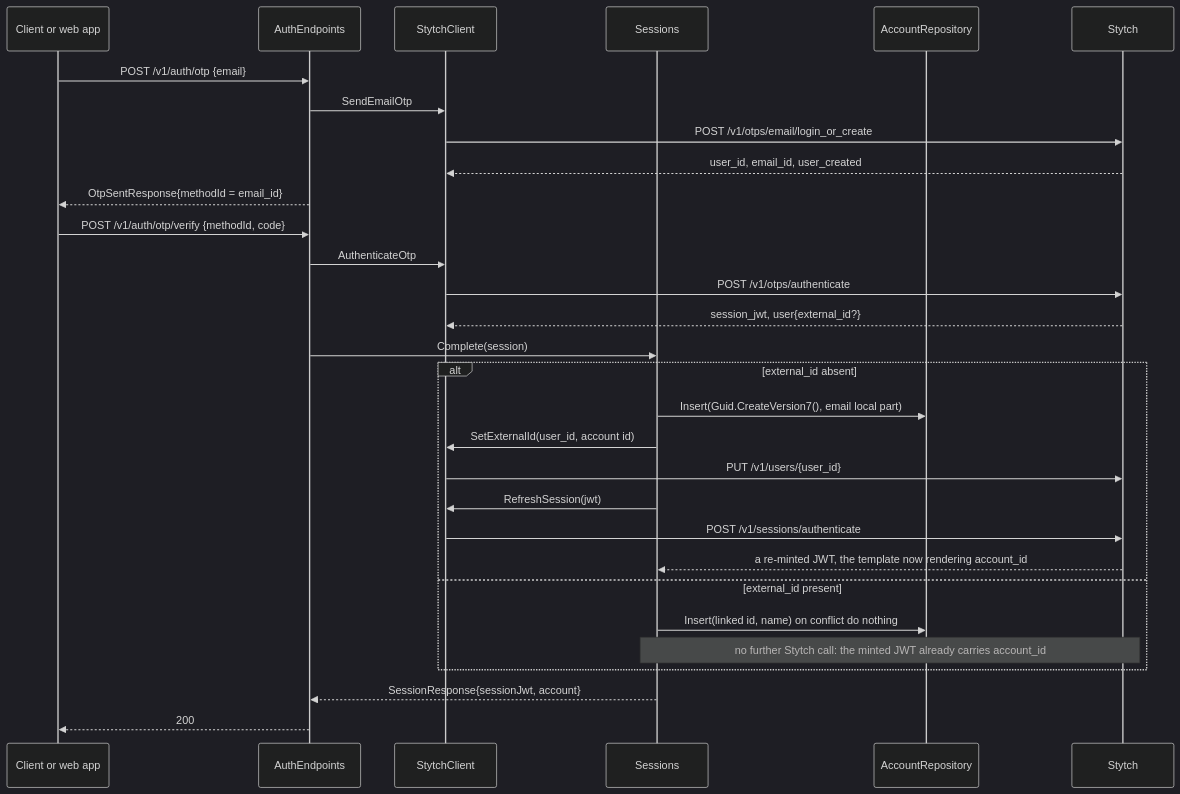
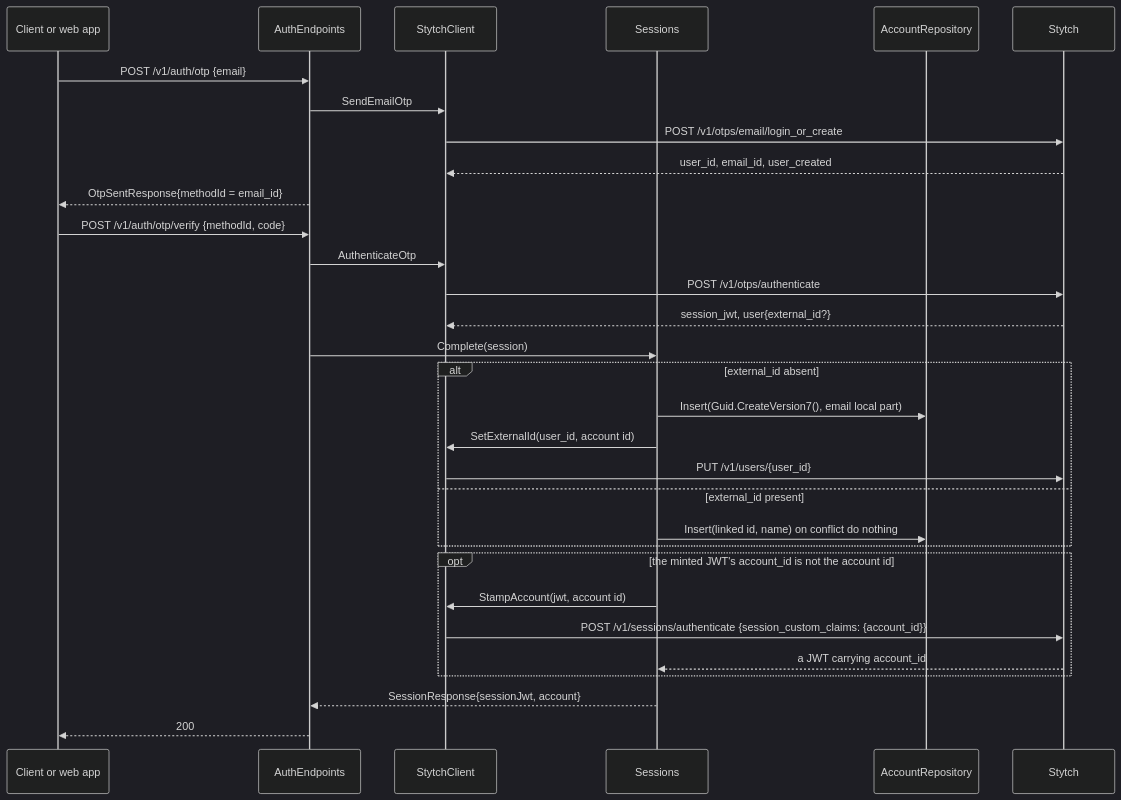
The third of 12 diagrams in docs/design/management-api/design.md (cstupi/tabletop), drawn with Mermaid (dark theme) before and after one commit. The commit also changed other lines of this file and 19 other files, not shown here.

First line of the commit message:
Management stamps account_id on each new session instead of relying on a Stytch claim template

````diff
--- a/docs/design/management-api/design.md
+++ b/docs/design/management-api/design.md
@@ -279,33 +279,34 @@
 ```mermaid
 sequenceDiagram
     participant C as Client or web app
     participant A as AuthEndpoints
     participant S as StytchClient
     participant X as Sessions
     participant R as AccountRepository
     participant K as Stytch
 
     C->>A: POST /v1/auth/otp {email}
     A->>S: SendEmailOtp
     S->>K: POST /v1/otps/email/login_or_create
     K-->>S: user_id, email_id, user_created
     A-->>C: OtpSentResponse{methodId = email_id}
     C->>A: POST /v1/auth/otp/verify {methodId, code}
     A->>S: AuthenticateOtp
     S->>K: POST /v1/otps/authenticate
     K-->>S: session_jwt, user{external_id?}
     A->>X: Complete(session)
     alt external_id absent
         X->>R: Insert(Guid.CreateVersion7(), email local part)
         X->>S: SetExternalId(user_id, account id)
         S->>K: PUT /v1/users/{user_id}
-        X->>S: RefreshSession(jwt)
-        S->>K: POST /v1/sessions/authenticate
-        K-->>X: a re-minted JWT, the template now rendering account_id
     else external_id present
         X->>R: Insert(linked id, name) on conflict do nothing
-        Note over X,K: no further Stytch call: the minted JWT already carries account_id
+    end
+    opt the minted JWT's account_id is not the account id
+        X->>S: StampAccount(jwt, account id)
+        S->>K: POST /v1/sessions/authenticate {session_custom_claims: {account_id}}
+        K-->>X: a JWT carrying account_id
     end
     X-->>A: SessionResponse{sessionJwt, account}
     A-->>C: 200
 ```
````
